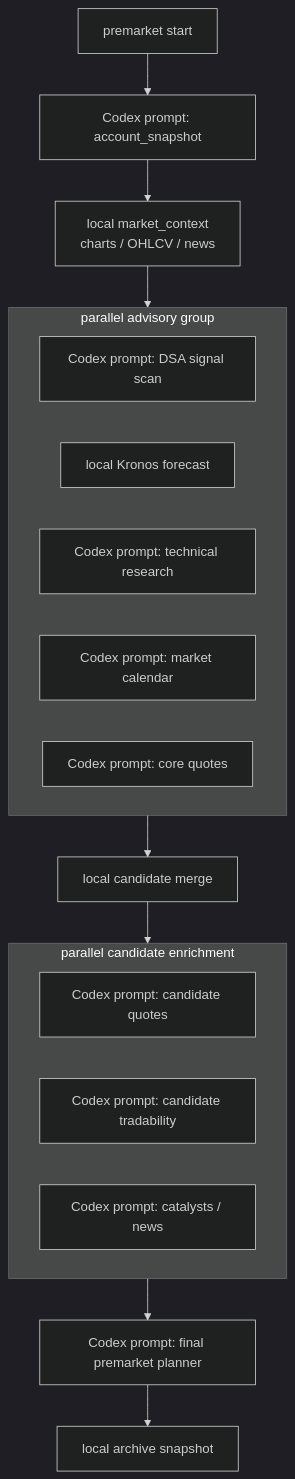
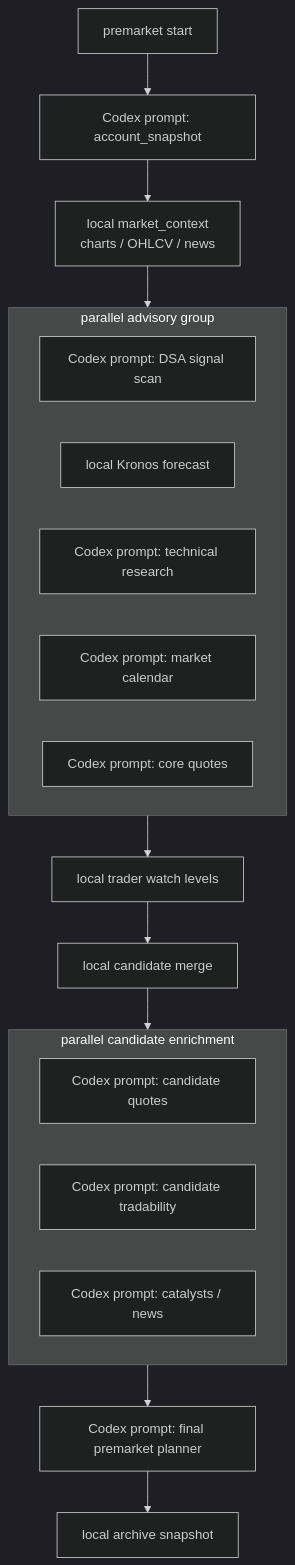
Before and after one commit to poi233/robinhood-codex-agent: the second of 2 diagrams in README.md, drawn with Mermaid (dark theme). The commit also changed other lines of this file and 13 other files, not shown here.

Commit message:
feat: add trader watch levels

````diff
--- a/README.md
+++ b/README.md
@@ -60,26 +60,27 @@
 ```mermaid
 flowchart TD
     Start["premarket start"] --> Account["Codex prompt: account_snapshot"]
     Account --> MarketContext["local market_context<br/>charts / OHLCV / news"]
 
     MarketContext --> G1
     subgraph G1["parallel advisory group"]
         DSA["Codex prompt: DSA signal scan"]
         Kronos["local Kronos forecast"]
         Technical["Codex prompt: technical research"]
         Calendar["Codex prompt: market calendar"]
         CoreQuotes["Codex prompt: core quotes"]
     end
 
-    G1 --> CandidateMerge["local candidate merge"]
+    G1 --> TraderLevels["local trader watch levels"]
+    TraderLevels --> CandidateMerge["local candidate merge"]
 
     CandidateMerge --> G2
     subgraph G2["parallel candidate enrichment"]
         CandidateQuotes["Codex prompt: candidate quotes"]
         Tradability["Codex prompt: candidate tradability"]
         Catalysts["Codex prompt: catalysts / news"]
     end
 
     G2 --> FinalPlanner["Codex prompt: final premarket planner"]
     FinalPlanner --> Archive["local archive snapshot"]
 ```
````
